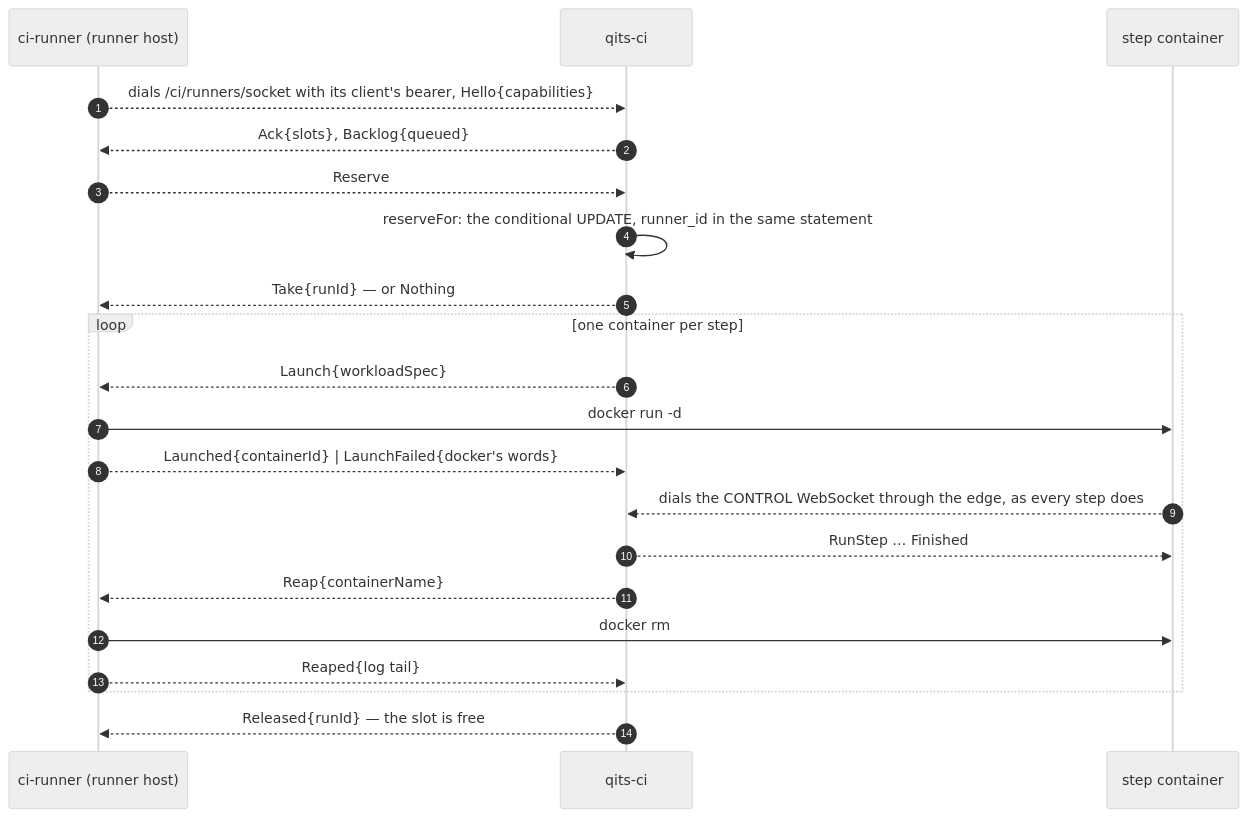
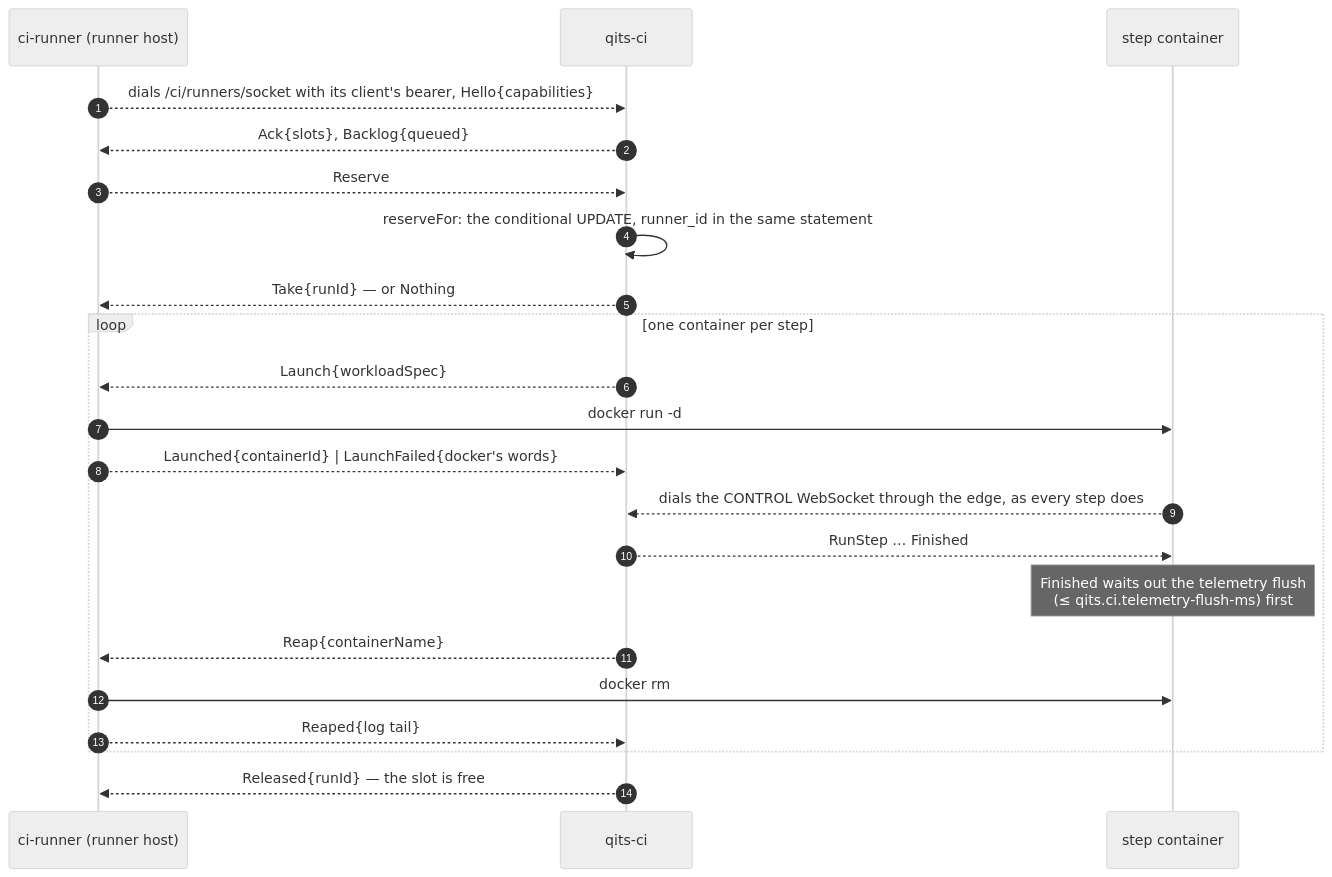
One commit to QuicklyIterateTheSoftware/qits-ci-service changed the third of 4 diagrams in docs/step-execution-flow.md. Above: the diagram before and after it, drawn with Mermaid (neutral theme). The commit also changed other lines of this file, not shown here.

Commit message:
docs(qits-142): the step daemon flushes its telemetry before the terminal frame

````diff
--- a/docs/step-execution-flow.md
+++ b/docs/step-execution-flow.md
@@ -137,24 +145,25 @@
 ```mermaid
 sequenceDiagram
     autonumber
     participant Runner as ci-runner (runner host)
     participant Ci as qits-ci
     participant Step as step container
 
     Runner-->>Ci: dials /ci/runners/socket with its client's bearer, Hello{capabilities}
     Ci-->>Runner: Ack{slots}, Backlog{queued}
     Runner-->>Ci: Reserve
     Ci->>Ci: reserveFor: the conditional UPDATE, runner_id in the same statement
     Ci-->>Runner: Take{runId} — or Nothing
     loop one container per step
         Ci-->>Runner: Launch{workloadSpec}
         Runner->>Step: docker run -d
         Runner-->>Ci: Launched{containerId} | LaunchFailed{docker's words}
         Step-->>Ci: dials the CONTROL WebSocket through the edge, as every step does
         Ci-->>Step: RunStep … Finished
+        Note over Step: Finished waits out the telemetry flush<br/>(≤ qits.ci.telemetry-flush-ms) first
         Ci-->>Runner: Reap{containerName}
         Runner->>Step: docker rm
         Runner-->>Ci: Reaped{log tail}
     end
     Ci-->>Runner: Released{runId} — the slot is free
 ```
````
